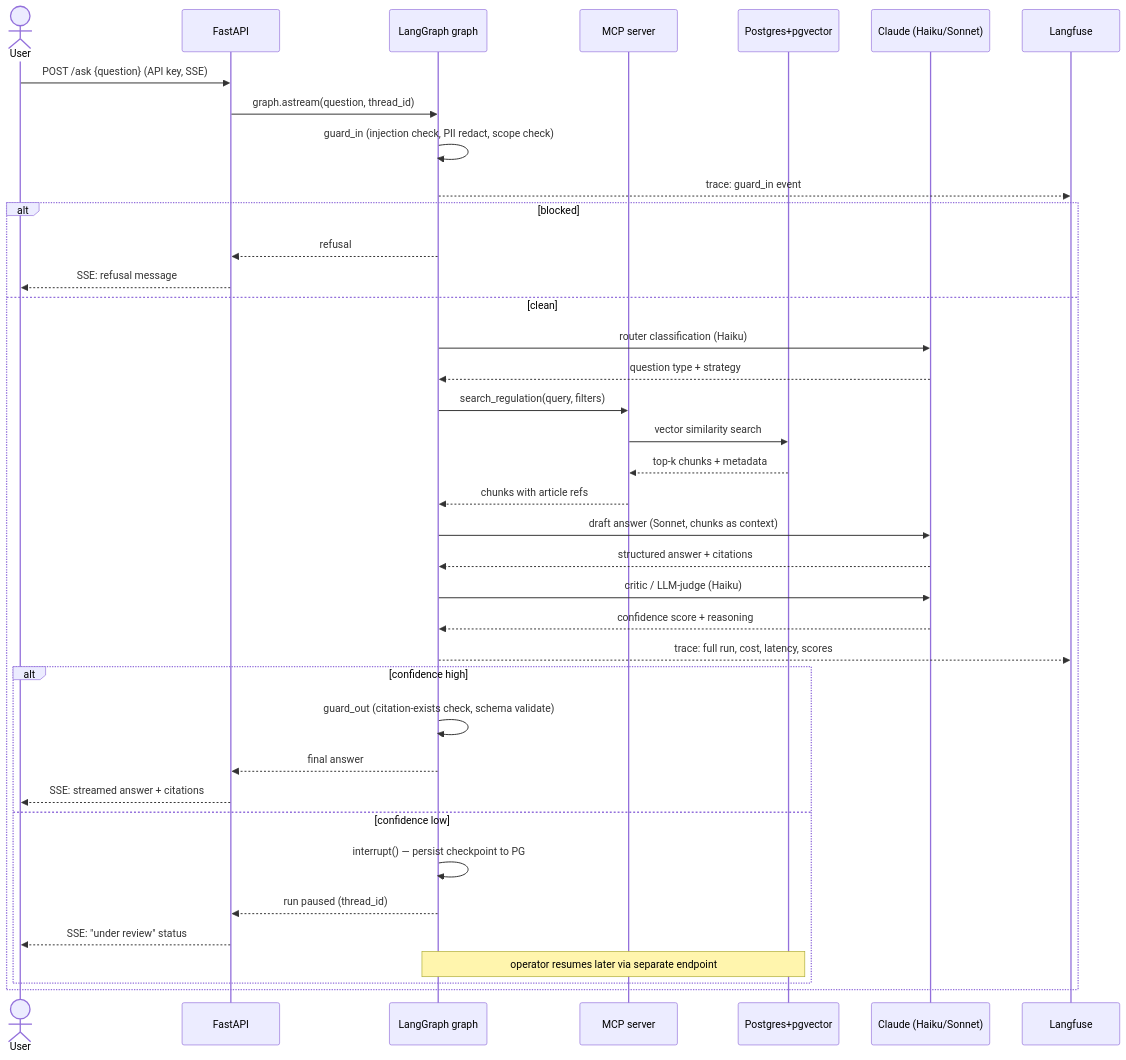
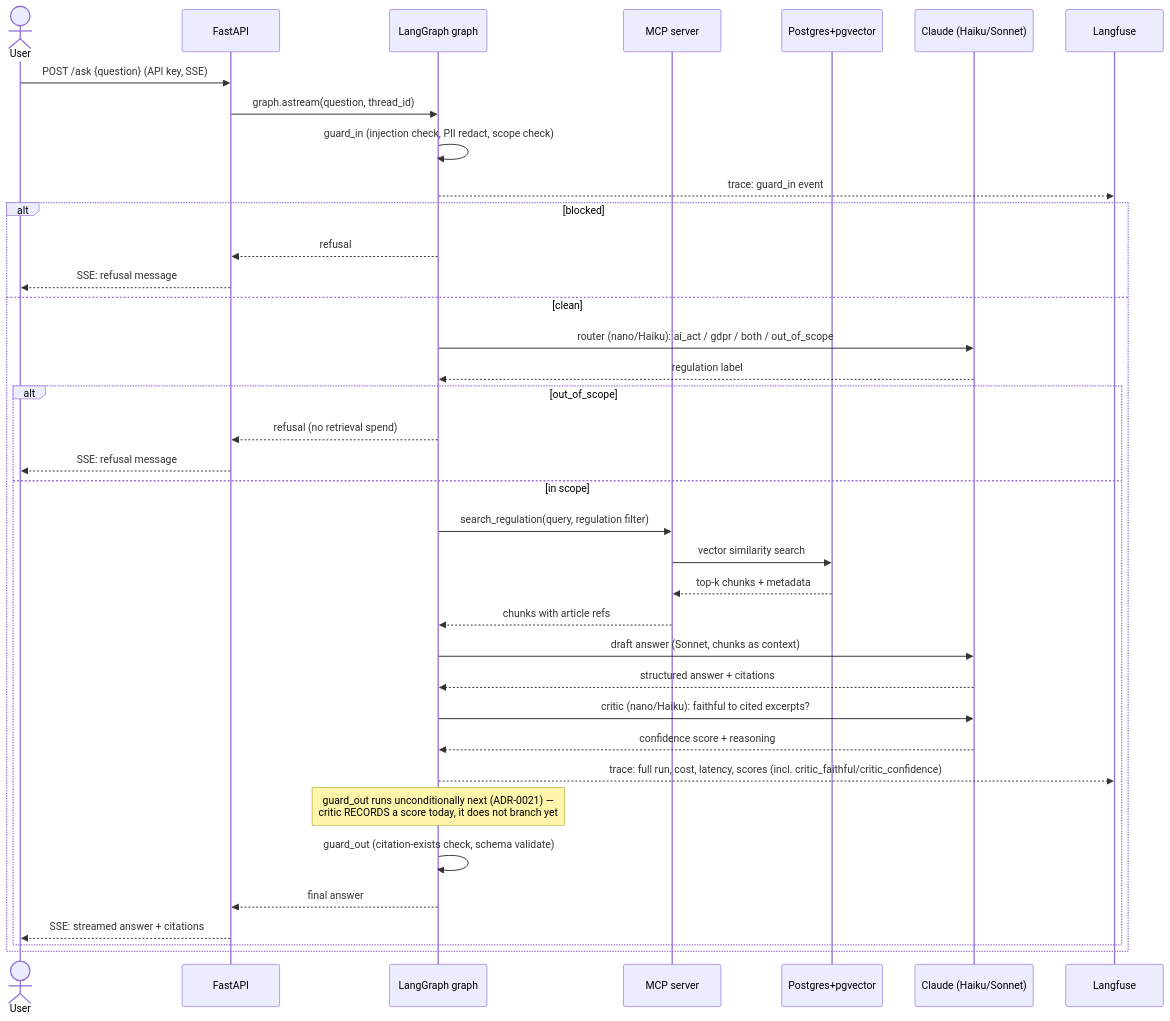
Before and after one commit to JayLakhani2002/compliance-copilot: the fourth of 4 diagrams in docs/ARCHITECTURE.md, drawn with Mermaid. The commit also changed other lines of this file and 13 other files, not shown here.

First line of the commit message:
feat(graph): router node (ai_act/gdpr/both/out_of_scope → retrieval filter) + critic node (nano LLM-judge confidence) (ADR-0023)

````diff
--- a/docs/ARCHITECTURE.md
+++ b/docs/ARCHITECTURE.md
@@ -118,41 +120,40 @@
 ```mermaid
 sequenceDiagram
     actor U as User
     participant API as FastAPI
     participant G as LangGraph graph
     participant M as MCP server
     participant PG as Postgres+pgvector
     participant LLM as Claude (Haiku/Sonnet)
     participant LF as Langfuse
 
     U->>API: POST /ask {question} (API key, SSE)
     API->>G: graph.astream(question, thread_id)
     G->>G: guard_in (injection check, PII redact, scope check)
     G-->>LF: trace: guard_in event
     alt blocked
         G-->>API: refusal
         API-->>U: SSE: refusal message
     else clean
-        G->>LLM: router classification (Haiku)
-        LLM-->>G: question type + strategy
-        G->>M: search_regulation(query, filters)
-        M->>PG: vector similarity search
-        PG-->>M: top-k chunks + metadata
-        M-->>G: chunks with article refs
-        G->>LLM: draft answer (Sonnet, chunks as context)
-        LLM-->>G: structured answer + citations
-        G->>LLM: critic / LLM-judge (Haiku)
-        LLM-->>G: confidence score + reasoning
-        G-->>LF: trace: full run, cost, latency, scores
-        alt confidence high
+        G->>LLM: router (nano/Haiku): ai_act / gdpr / both / out_of_scope
+        LLM-->>G: regulation label
+        alt out_of_scope
+            G-->>API: refusal (no retrieval spend)
+            API-->>U: SSE: refusal message
+        else in scope
+            G->>M: search_regulation(query, regulation filter)
+            M->>PG: vector similarity search
+            PG-->>M: top-k chunks + metadata
+            M-->>G: chunks with article refs
+            G->>LLM: draft answer (Sonnet, chunks as context)
+            LLM-->>G: structured answer + citations
+            G->>LLM: critic (nano/Haiku): faithful to cited excerpts?
+            LLM-->>G: confidence score + reasoning
+            G-->>LF: trace: full run, cost, latency, scores (incl. critic_faithful/critic_confidence)
+            Note over G: guard_out runs unconditionally next (ADR-0021) —<br/>critic RECORDS a score today, it does not branch yet
             G->>G: guard_out (citation-exists check, schema validate)
             G-->>API: final answer
             API-->>U: SSE: streamed answer + citations
-        else confidence low
-            G->>G: interrupt() — persist checkpoint to PG
-            G-->>API: run paused (thread_id)
-            API-->>U: SSE: "under review" status
-            Note over G,PG: operator resumes later via separate endpoint
         end
     end
 ```
````
